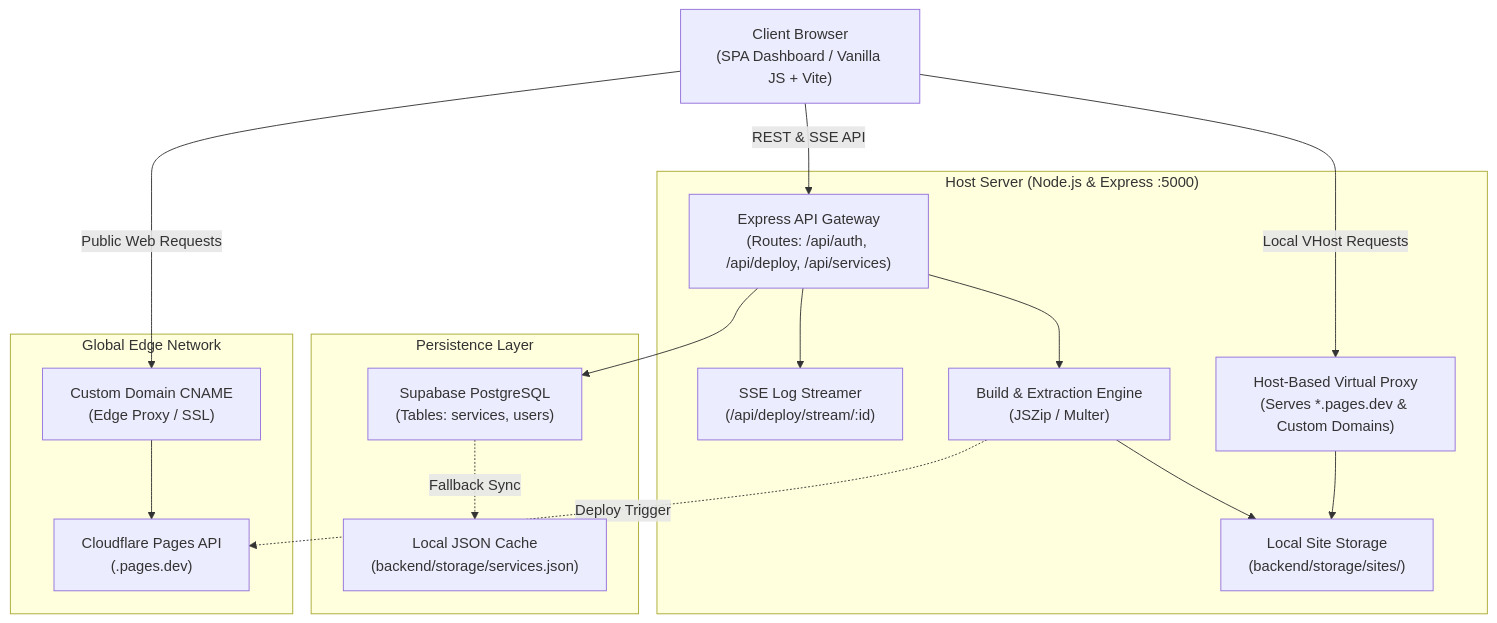
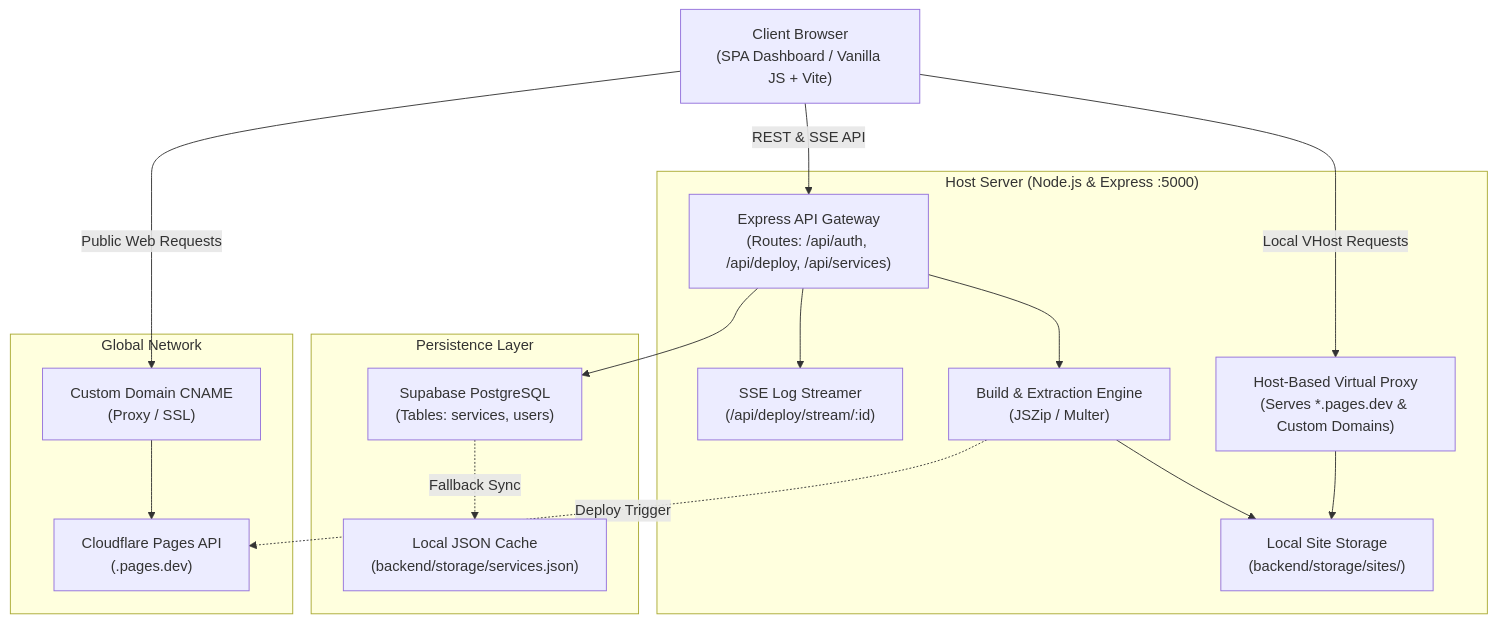
One commit to adminsavemom/alloDeploy changed the first of 2 diagrams in PROJECT_DOCUMENTATION.md. Above: the diagram before and after it, drawn with Mermaid. The commit also changed other lines of this file and 23 other files, not shown here.

````diff
--- a/PROJECT_DOCUMENTATION.md
+++ b/PROJECT_DOCUMENTATION.md
@@ -24,34 +24,34 @@
 ```mermaid
 graph TD
     Client["Client Browser\n(SPA Dashboard / Vanilla JS + Vite)"]
     
     subgraph HostServer ["Host Server (Node.js & Express :5000)"]
         API["Express API Gateway\n(Routes: /api/auth, /api/deploy, /api/services)"]
         SSE["SSE Log Streamer\n(/api/deploy/stream/:id)"]
         VHost["Host-Based Virtual Proxy\n(Serves *.pages.dev & Custom Domains)"]
         BuildEngine["Build & Extraction Engine\n(JSZip / Multer)"]
         LocalSites["Local Site Storage\n(backend/storage/sites/<project>)"]
     end
 
     subgraph DatabaseLayer ["Persistence Layer"]
         Supabase["Supabase PostgreSQL\n(Tables: services, users)"]
         LocalJSON["Local JSON Cache\n(backend/storage/services.json)"]
     end
 
-    subgraph EdgeLayer ["Global Edge Network"]
+    subgraph NetworkLayer ["Global Network"]
         CloudflarePages["Cloudflare Pages API\n(<project>.pages.dev)"]
-        CustomDNS["Custom Domain CNAME\n(Edge Proxy / SSL)"]
+        CustomDNS["Custom Domain CNAME\n(Proxy / SSL)"]
     end
 
     Client -->|REST & SSE API| API
     API --> SSE
     API --> BuildEngine
     BuildEngine --> LocalSites
     BuildEngine -.->|Deploy Trigger| CloudflarePages
     API --> Supabase
     Supabase -.->|Fallback Sync| LocalJSON
     Client -->|Public Web Requests| CustomDNS
     CustomDNS --> CloudflarePages
     Client -->|Local VHost Requests| VHost
     VHost --> LocalSites
 ```
````
